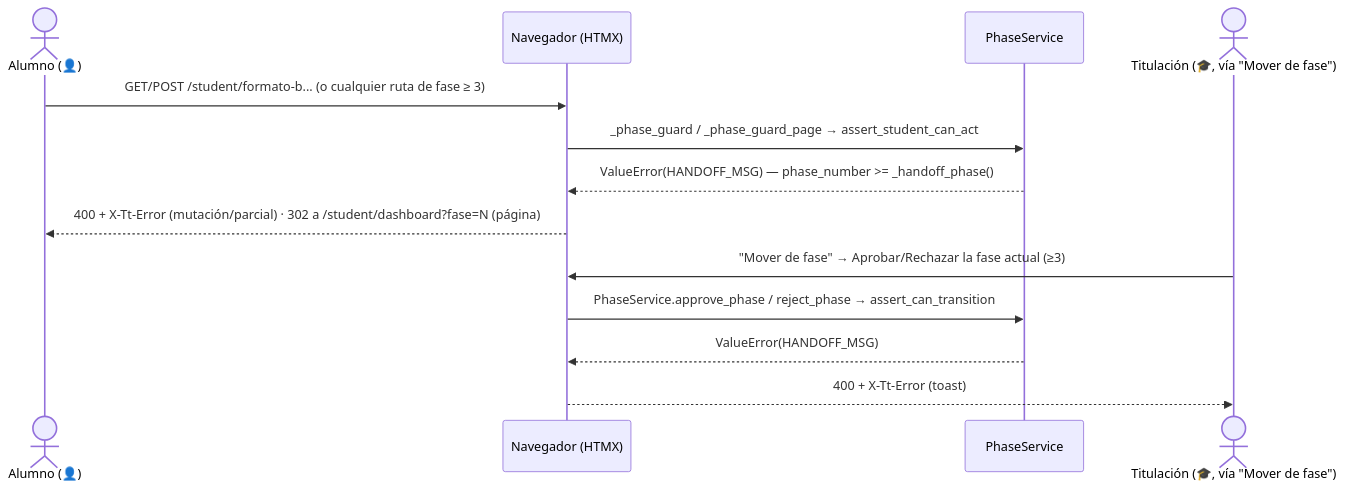
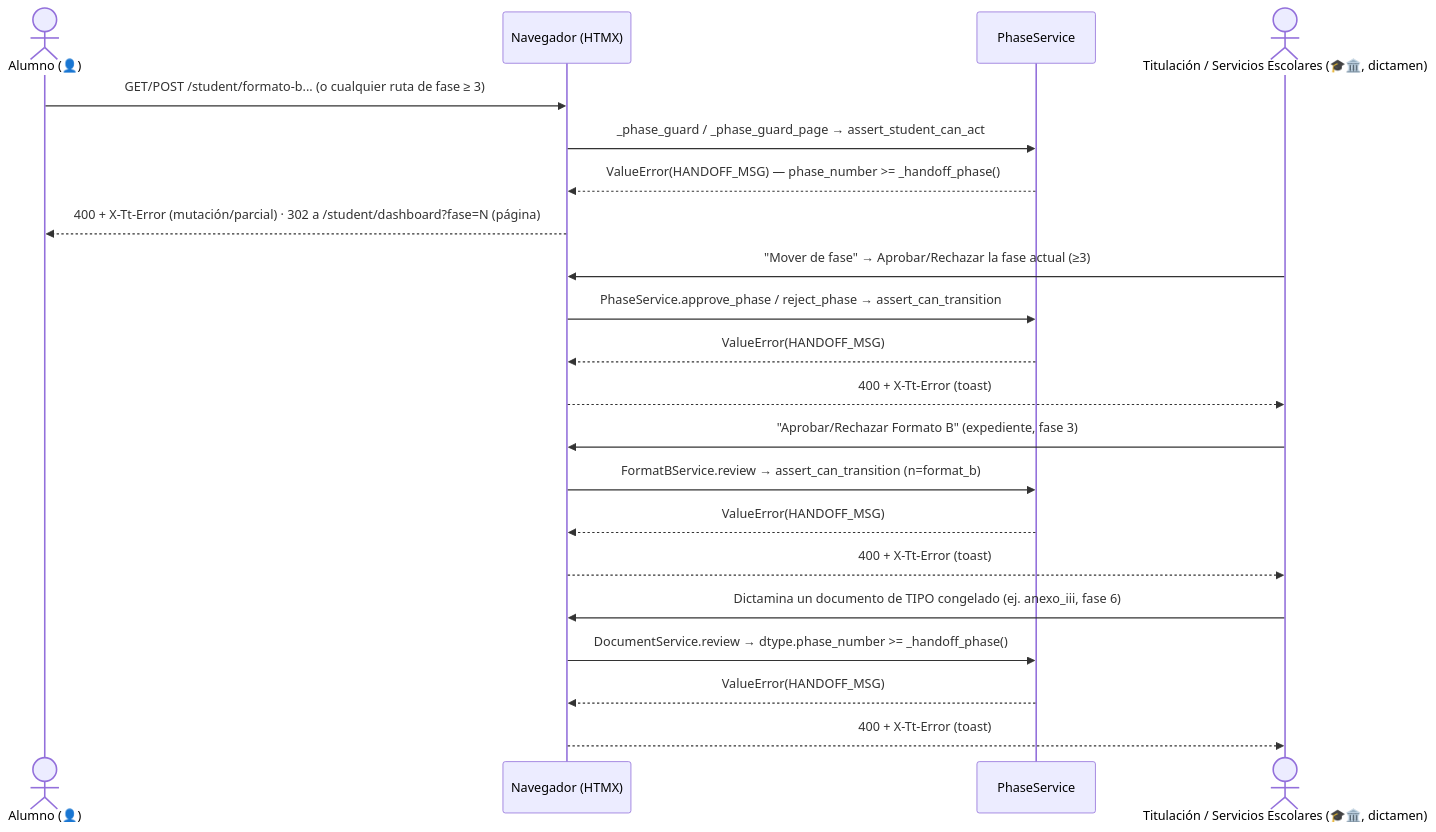
The first of 2 diagrams in itcj2/apps/titulatec/docs/flows/xcut_titulacion_handoff.md (Erne1357/itcj), drawn with Mermaid before and after one commit. The commit also changed other lines of this file and 3 other files, not shown here.

````diff
--- a/itcj2/apps/titulatec/docs/flows/xcut_titulacion_handoff.md
+++ b/itcj2/apps/titulatec/docs/flows/xcut_titulacion_handoff.md
@@ -39,17 +39,27 @@
 ```mermaid
 sequenceDiagram
     actor S as Alumno (👤)
     participant FE as Navegador (HTMX)
     participant PS as PhaseService
-    actor T as Titulación (🎓, vía "Mover de fase")
+    actor T as Titulación / Servicios Escolares (🎓🏛️, dictamen)
 
     S->>FE: GET/POST /student/formato-b... (o cualquier ruta de fase ≥ 3)
     FE->>PS: _phase_guard / _phase_guard_page → assert_student_can_act
     PS-->>FE: ValueError(HANDOFF_MSG) — phase_number >= _handoff_phase()
     FE-->>S: 400 + X-Tt-Error (mutación/parcial) · 302 a /student/dashboard?fase=N (página)
 
     T->>FE: "Mover de fase" → Aprobar/Rechazar la fase actual (≥3)
     FE->>PS: PhaseService.approve_phase / reject_phase → assert_can_transition
     PS-->>FE: ValueError(HANDOFF_MSG)
     FE-->>T: 400 + X-Tt-Error (toast)
+
+    T->>FE: "Aprobar/Rechazar Formato B" (expediente, fase 3)
+    FE->>PS: FormatBService.review → assert_can_transition (n=format_b)
+    PS-->>FE: ValueError(HANDOFF_MSG)
+    FE-->>T: 400 + X-Tt-Error (toast)
+
+    T->>FE: Dictamina un documento de TIPO congelado (ej. anexo_iii, fase 6)
+    FE->>PS: DocumentService.review → dtype.phase_number >= _handoff_phase()
+    PS-->>FE: ValueError(HANDOFF_MSG)
+    FE-->>T: 400 + X-Tt-Error (toast)
 ```
````
